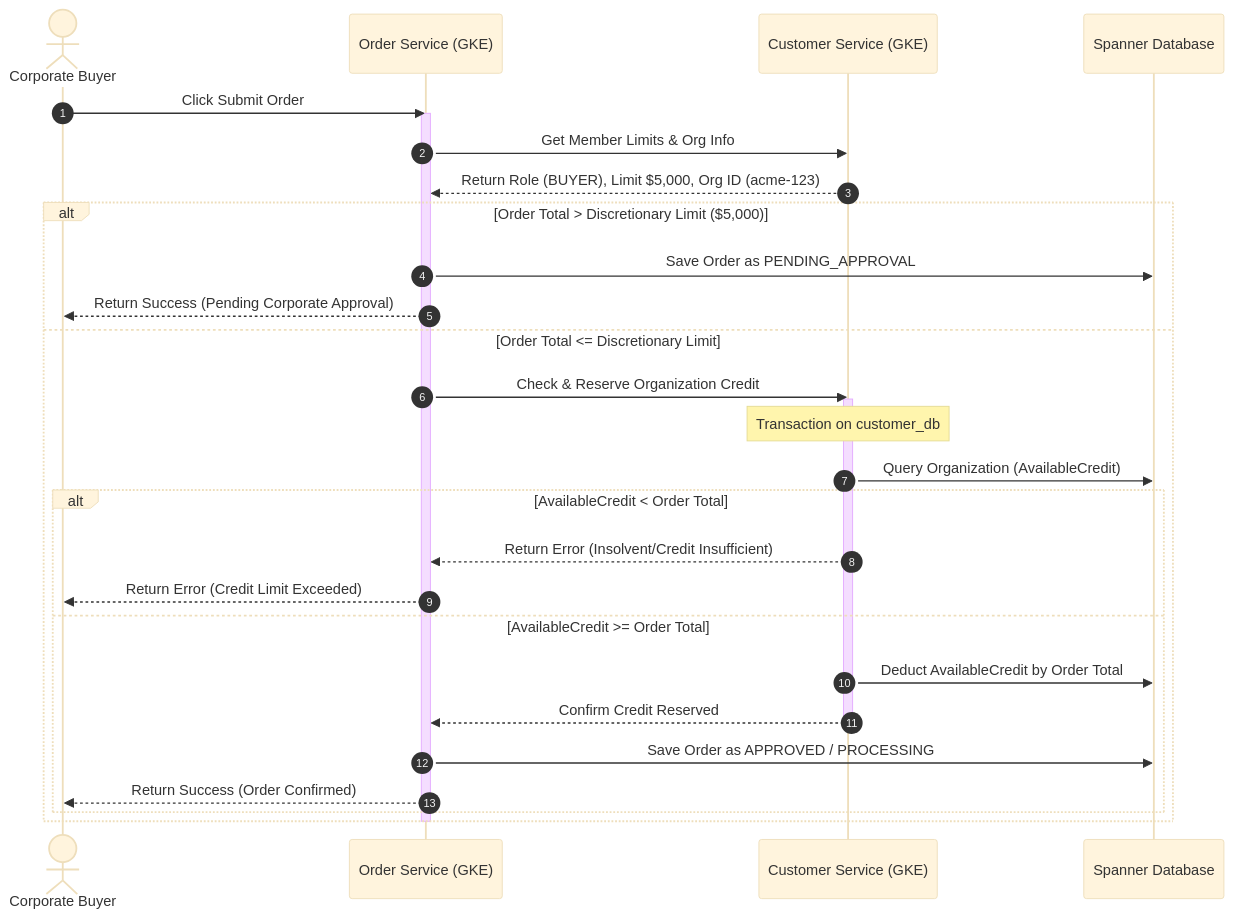
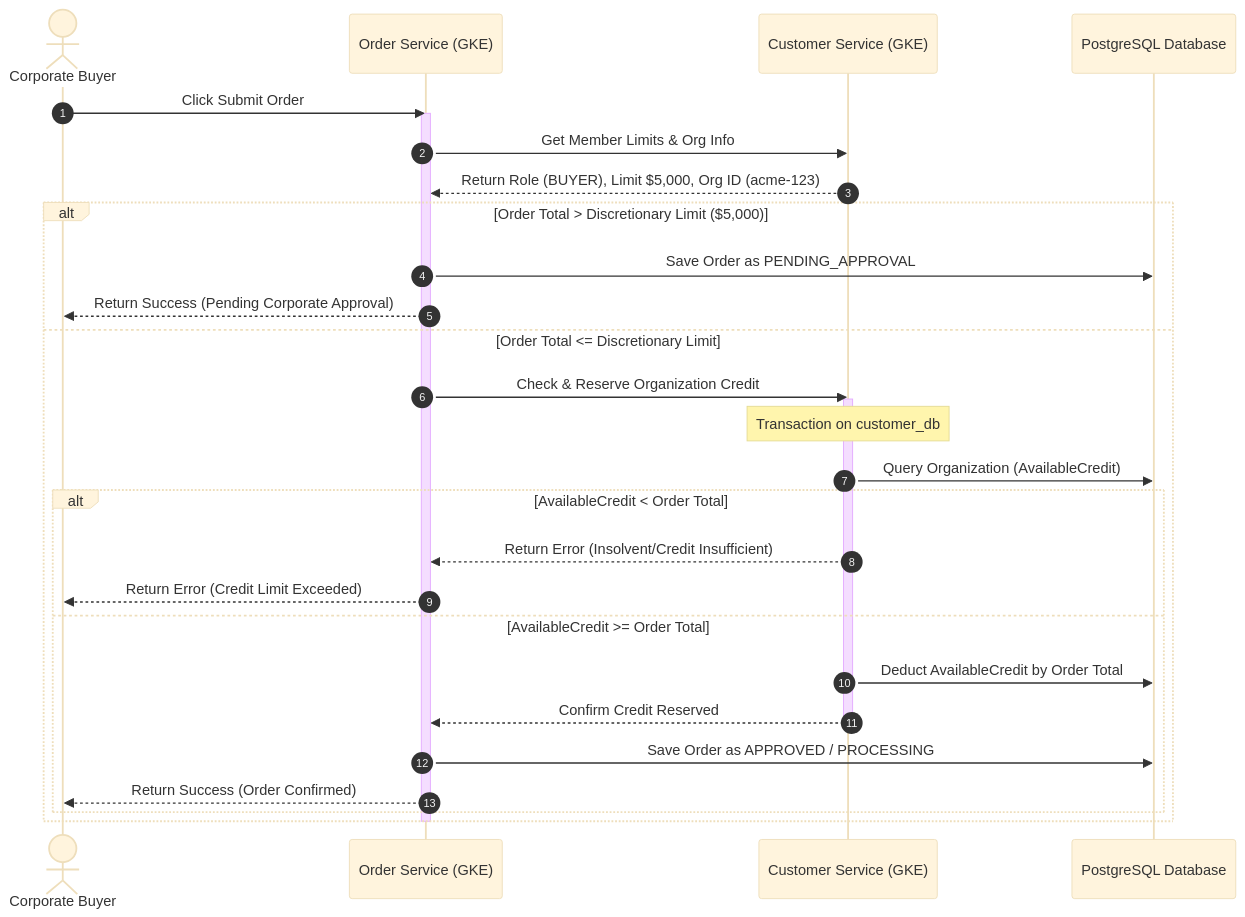
Before and after one commit to drapic88/abysalto-webshop: the fourth of 4 diagrams in doc/b2b_integration.md, drawn with Mermaid (base theme). The commit also changed other lines of this file and 7 other files, not shown here.

Commit message:
Replace Cloud Spanner with PostgreSQL

````diff
--- a/doc/b2b_integration.md
+++ b/doc/b2b_integration.md
@@ -270,39 +271,39 @@
 ```mermaid
 sequenceDiagram
     autonumber
     actor Buyer as Corporate Buyer
     participant Checkout as Order Service (GKE)
     participant Customer as Customer Service (GKE)
-    participant Spanner as Spanner Database
+    participant Postgres as PostgreSQL Database
 
     Buyer->>Checkout: Click Submit Order
     activate Checkout
     
     %% Step 1: Check Hierarchy Limits
     Checkout->>Customer: Get Member Limits & Org Info
     Customer-->>Checkout: Return Role (BUYER), Limit $5,000, Org ID (acme-123)
     
     alt Order Total > Discretionary Limit ($5,000)
-        Checkout->>Spanner: Save Order as PENDING_APPROVAL
+        Checkout->>Postgres: Save Order as PENDING_APPROVAL
         Checkout-->>Buyer: Return Success (Pending Corporate Approval)
     else Order Total <= Discretionary Limit
         %% Step 2: Validate Credit Limit
         Checkout->>Customer: Check & Reserve Organization Credit
         activate Customer
         Note over Customer: Transaction on customer_db
-        Customer->>Spanner: Query Organization (AvailableCredit)
+        Customer->>Postgres: Query Organization (AvailableCredit)
         alt AvailableCredit < Order Total
             Customer-->>Checkout: Return Error (Insolvent/Credit Insufficient)
             Checkout-->>Buyer: Return Error (Credit Limit Exceeded)
         else AvailableCredit >= Order Total
-            Customer->>Spanner: Deduct AvailableCredit by Order Total
+            Customer->>Postgres: Deduct AvailableCredit by Order Total
             Customer-->>Checkout: Confirm Credit Reserved
             deactivate Customer
             
             %% Step 3: Complete Order
-            Checkout->>Spanner: Save Order as APPROVED / PROCESSING
+            Checkout->>Postgres: Save Order as APPROVED / PROCESSING
             Checkout-->>Buyer: Return Success (Order Confirmed)
         end
     end
     deactivate Checkout
 ```
````
